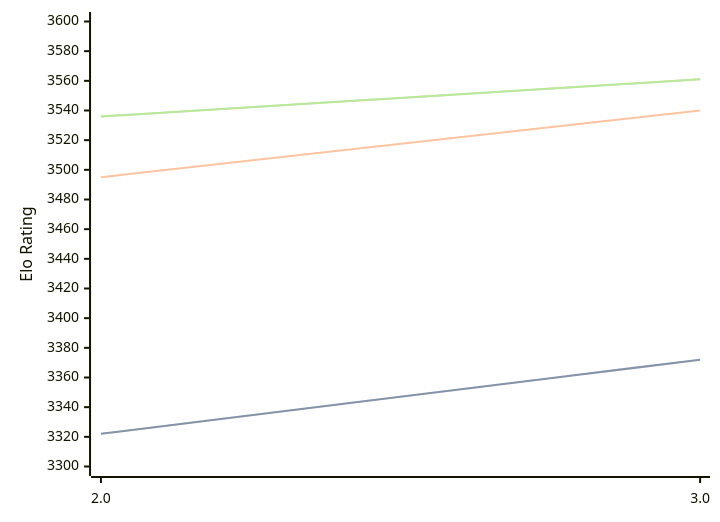
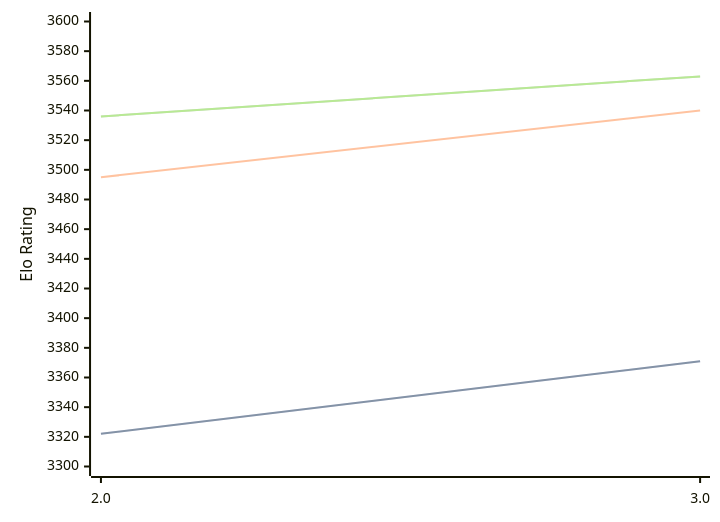
Before and after one commit to computer-chess-index/cci: the diagram in engines/Quanticade.md, drawn with Mermaid. The commit also changed other lines of this file, not shown here.

Commit message:
Update CCI Ratings (ELO VLTC) - 2026-03-21

````diff
--- a/engines/Quanticade.md
+++ b/engines/Quanticade.md
@@ -41,11 +41,11 @@
 ```mermaid
 %%{init: {"theme":"base","themeVariables":{"seriesColors:['#a3a3a3','#222221','#faa371']}}}%%
 xychart-beta
   x-axis ["2.0", "3.0"]
   y-axis "Elo Rating" 3300 --> 3600
-  line "STC (8.0+0.08s)" [3322, 3372]
-  line "STC (8.0+0.08s)" [3322, 3372]
+  line "STC (8.0+0.08s)" [3322, 3371]
+  line "STC (8.0+0.08s)" [3322, 3371]
   line "LTC (60.0+0.60s)" [3495, 3540]
-  line "VLTC (2m24s+1.12s)" [3536, 3561]
-  line "VLTC (2m24s+1.12s)" [3536, 3561]
+  line "VLTC (2m24s+1.12s)" [3536, 3563]
+  line "VLTC (2m24s+1.12s)" [3536, 3563]
 ```
````
